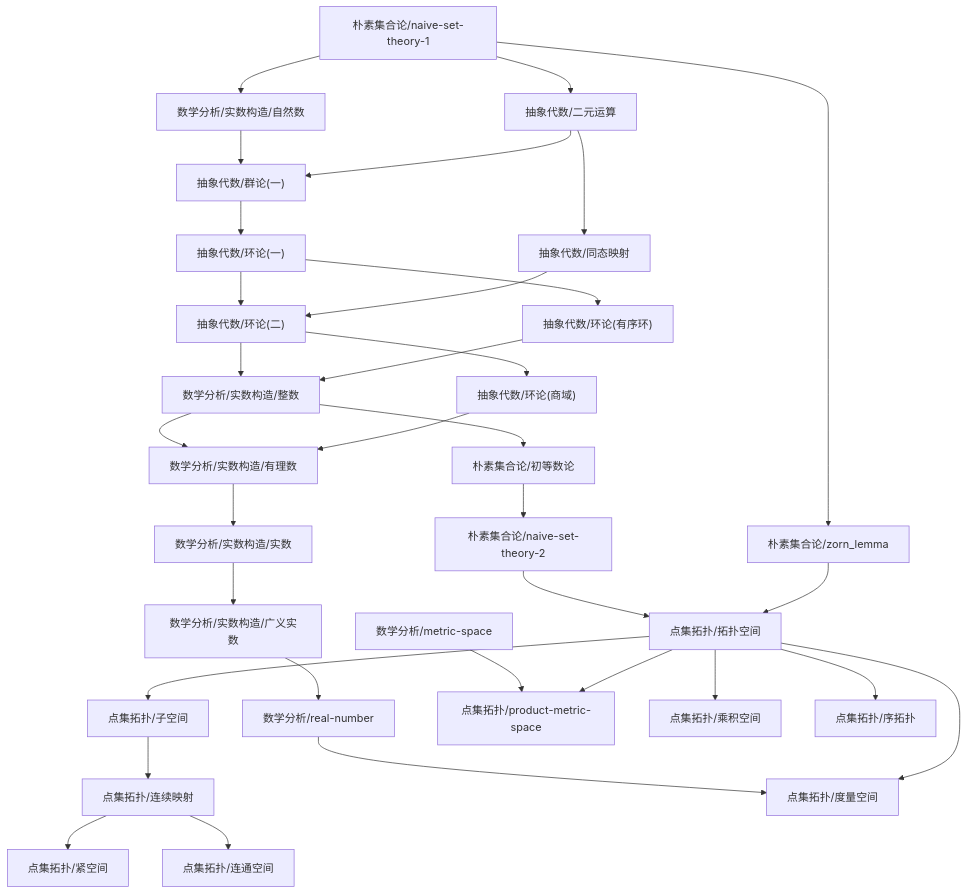
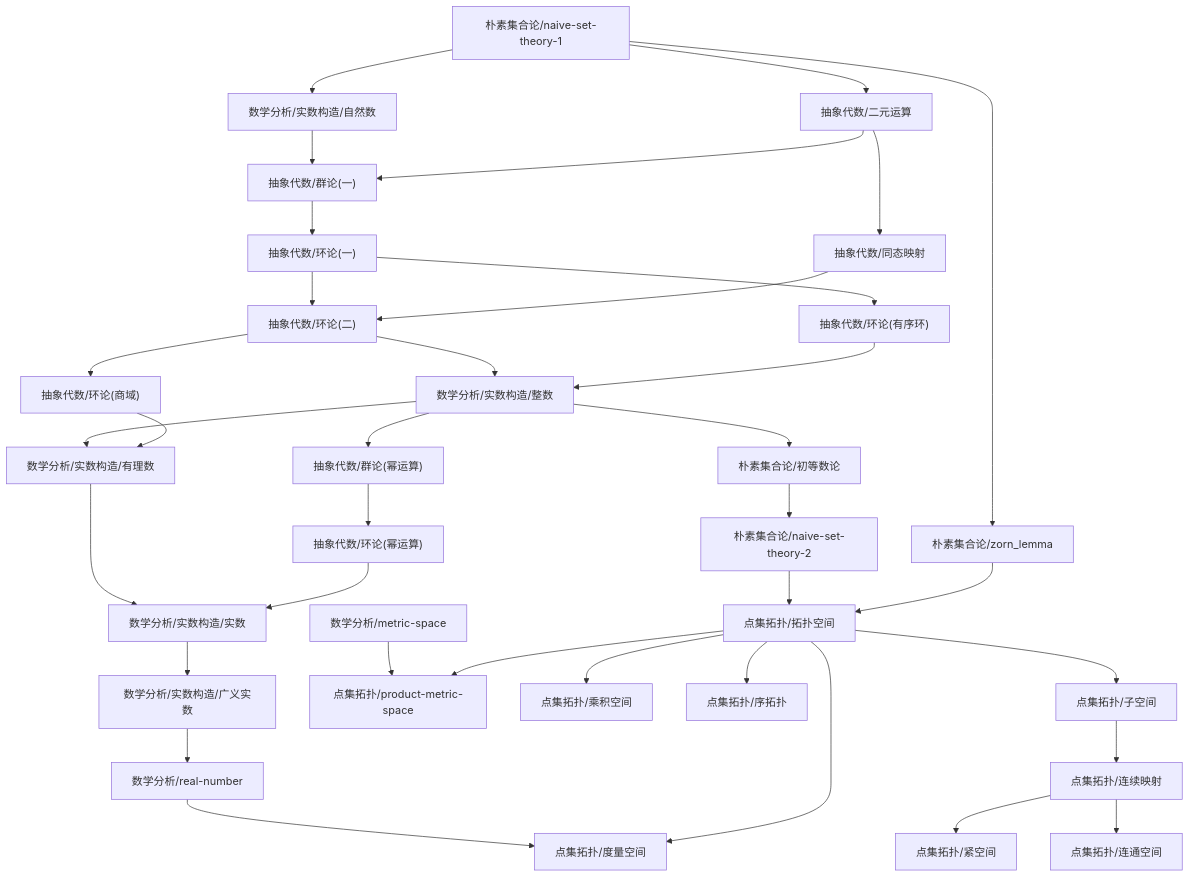
One commit to zeroDtree/zeroDtree.github.io changed the diagram in content/点集拓扑/dependency_graph.md. Above: the diagram before and after it, drawn with Mermaid. The commit also changed 7 other files, not shown here.

````diff
--- a/content/点集拓扑/dependency_graph.md
+++ b/content/点集拓扑/dependency_graph.md
@@ -1,35 +1,38 @@
 ```mermaid
 graph TD
 1["朴素集合论/naive-set-theory-2"] --> 0["点集拓扑/拓扑空间"]
 2["朴素集合论/zorn_lemma"] --> 0["点集拓扑/拓扑空间"]
 4["点集拓扑/子空间"] --> 3["点集拓扑/连续映射"]
 0["点集拓扑/拓扑空间"] --> 4["点集拓扑/子空间"]
 7["数学分析/real-number"] --> 6["点集拓扑/度量空间"]
 0["点集拓扑/拓扑空间"] --> 6["点集拓扑/度量空间"]
 3["点集拓扑/连续映射"] --> 8["点集拓扑/紧空间"]
 10["数学分析/metric-space"] --> 9["点集拓扑/product-metric-space"]
 0["点集拓扑/拓扑空间"] --> 9["点集拓扑/product-metric-space"]
 3["点集拓扑/连续映射"] --> 11["点集拓扑/连通空间"]
 0["点集拓扑/拓扑空间"] --> 12["点集拓扑/乘积空间"]
 0["点集拓扑/拓扑空间"] --> 13["点集拓扑/序拓扑"]
 14["数学分析/实数构造/广义实数"] --> 7["数学分析/real-number"]
 15["数学分析/实数构造/实数"] --> 14["数学分析/实数构造/广义实数"]
 17["朴素集合论/naive-set-theory-1"] --> 16["数学分析/实数构造/自然数"]
 19["抽象代数/环论(二)"] --> 18["数学分析/实数构造/整数"]
 20["抽象代数/环论(有序环)"] --> 18["数学分析/实数构造/整数"]
 18["数学分析/实数构造/整数"] --> 21["数学分析/实数构造/有理数"]
 22["抽象代数/环论(商域)"] --> 21["数学分析/实数构造/有理数"]
 21["数学分析/实数构造/有理数"] --> 15["数学分析/实数构造/实数"]
+23["抽象代数/环论(幂运算)"] --> 15["数学分析/实数构造/实数"]
+24["抽象代数/群论(幂运算)"] --> 23["抽象代数/环论(幂运算)"]
+18["数学分析/实数构造/整数"] --> 24["抽象代数/群论(幂运算)"]
 19["抽象代数/环论(二)"] --> 22["抽象代数/环论(商域)"]
-23["抽象代数/环论(一)"] --> 19["抽象代数/环论(二)"]
-24["抽象代数/同态映射"] --> 19["抽象代数/环论(二)"]
-25["抽象代数/群论(一)"] --> 23["抽象代数/环论(一)"]
-26["抽象代数/二元运算"] --> 24["抽象代数/同态映射"]
-17["朴素集合论/naive-set-theory-1"] --> 26["抽象代数/二元运算"]
-16["数学分析/实数构造/自然数"] --> 25["抽象代数/群论(一)"]
-26["抽象代数/二元运算"] --> 25["抽象代数/群论(一)"]
-23["抽象代数/环论(一)"] --> 20["抽象代数/环论(有序环)"]
-27["朴素集合论/初等数论"] --> 1["朴素集合论/naive-set-theory-2"]
+25["抽象代数/环论(一)"] --> 19["抽象代数/环论(二)"]
+26["抽象代数/同态映射"] --> 19["抽象代数/环论(二)"]
+27["抽象代数/群论(一)"] --> 25["抽象代数/环论(一)"]
+28["抽象代数/二元运算"] --> 26["抽象代数/同态映射"]
+17["朴素集合论/naive-set-theory-1"] --> 28["抽象代数/二元运算"]
+16["数学分析/实数构造/自然数"] --> 27["抽象代数/群论(一)"]
+28["抽象代数/二元运算"] --> 27["抽象代数/群论(一)"]
+25["抽象代数/环论(一)"] --> 20["抽象代数/环论(有序环)"]
+29["朴素集合论/初等数论"] --> 1["朴素集合论/naive-set-theory-2"]
 17["朴素集合论/naive-set-theory-1"] --> 2["朴素集合论/zorn_lemma"]
-18["数学分析/实数构造/整数"] --> 27["朴素集合论/初等数论"]
+18["数学分析/实数构造/整数"] --> 29["朴素集合论/初等数论"]
 ```
````
